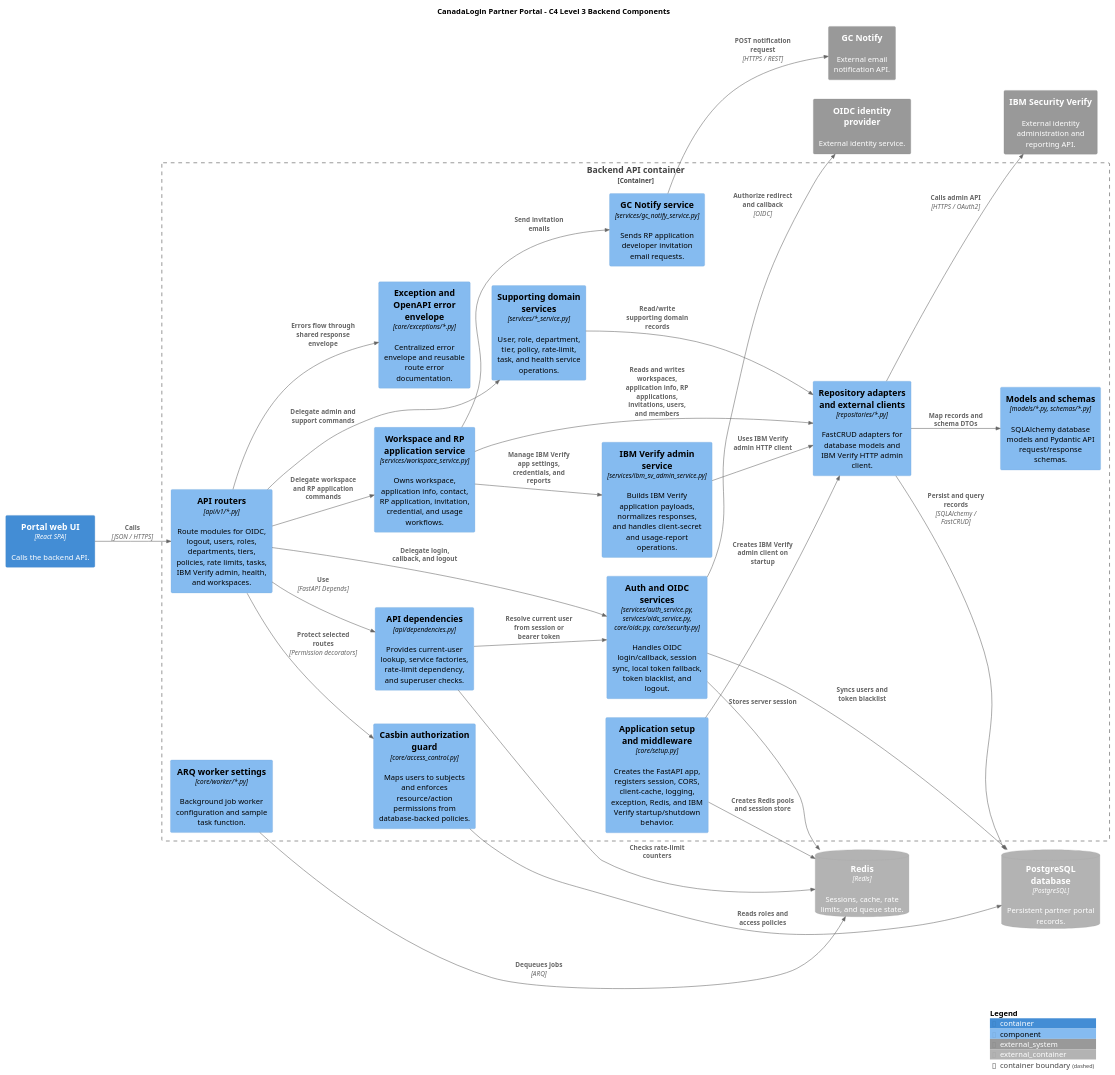
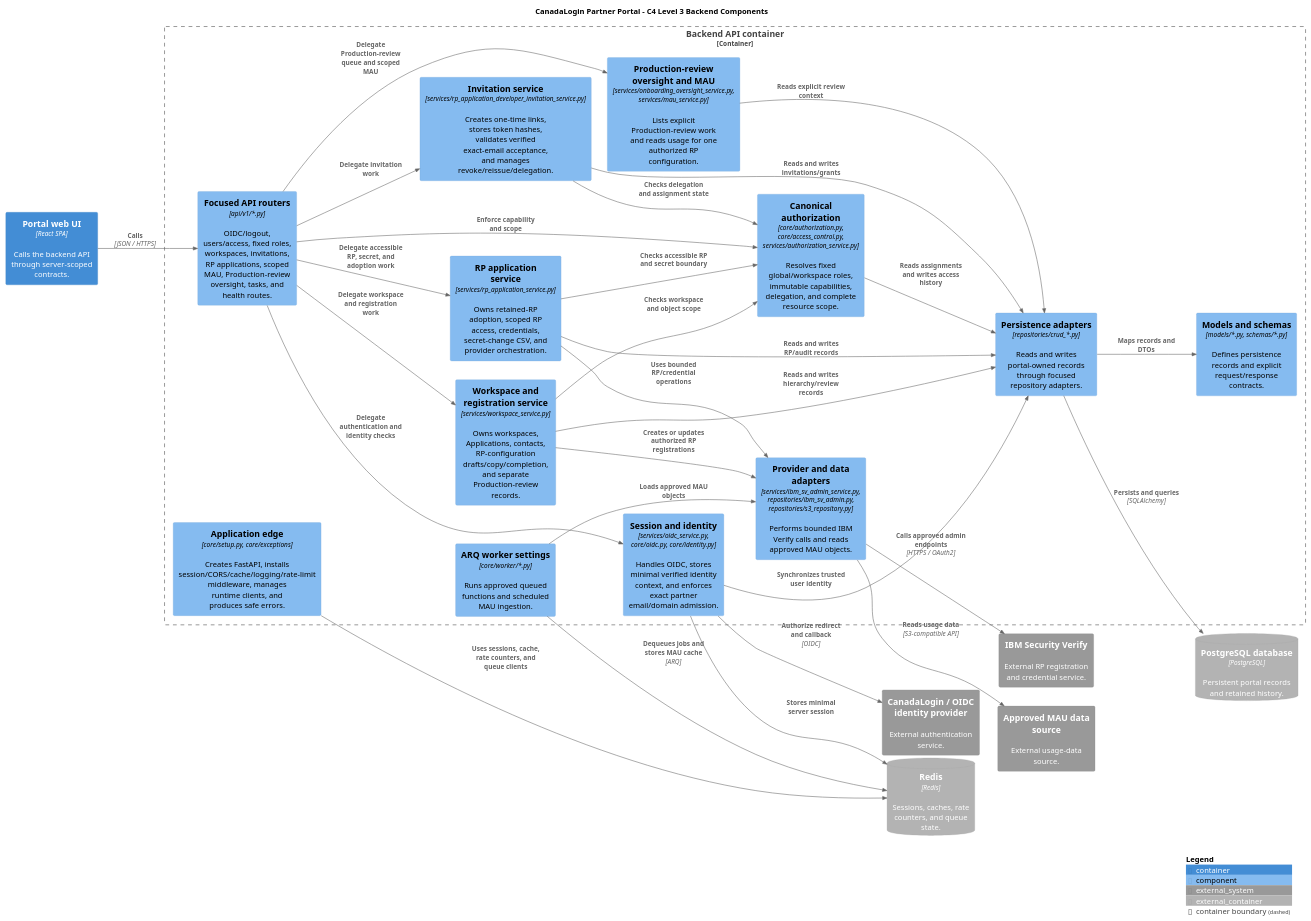
The diagram in docs/reference/architecture-diagram-samples/plantuml/03-partner-portal-backend-components.c4.puml (cds-snc/canadalogin-partner-portal), drawn with PlantUML before and after one commit. The commit also changed 369 other files, not shown here.

```diff
--- a/docs/reference/architecture-diagram-samples/plantuml/03-partner-portal-backend-components.c4.puml
+++ b/docs/reference/architecture-diagram-samples/plantuml/03-partner-portal-backend-components.c4.puml
@@ -1,70 +1,73 @@
 @startuml
 ' CanadaLogin Partner Portal - C4 level 3 backend component view.
 '
 ' Work context: local illustrative sample only.
-' Source codebase: ../gc-signin-partner-portal, read as source material only.
-' View question: how is the FastAPI backend decomposed into major components?
-' Excluded: frontend component internals, SQL table-by-table detail, generated
-' route tree files, and deployment topology.
+' Source codebase: gc-signin-partner-portal, read as source material only.
+' View question: how is the FastAPI backend decomposed for the approved portal
+' scope?
+' Excluded: frontend internals, table-by-table detail, legacy catalog services,
+' route-level sequences, invitation communication channels, and deployment.
 
 !include <C4/C4_Component>
 
 LAYOUT_LEFT_RIGHT()
-skinparam wrapWidth 170
+skinparam wrapWidth 175
 skinparam maxMessageSize 130
 
 title CanadaLogin Partner Portal - C4 Level 3 Backend Components
 
-Container(webUi, "Portal web UI", "React SPA", "Calls the backend API.")
-ContainerDb_Ext(postgres, "PostgreSQL database", "PostgreSQL", "Persistent partner portal records.")
-ContainerDb_Ext(redis, "Redis", "Redis", "Sessions, cache, rate limits, and queue state.")
-System_Ext(oidcProvider, "OIDC identity provider", "External identity service.")
-System_Ext(ibmVerify, "IBM Security Verify", "External identity administration and reporting API.")
-System_Ext(gcNotify, "GC Notify", "External email notification API.")
+Container(webUi, "Portal web UI", "React SPA", "Calls the backend API through server-scoped contracts.")
+ContainerDb_Ext(postgres, "PostgreSQL database", "PostgreSQL", "Persistent portal records and retained history.")
+ContainerDb_Ext(redis, "Redis", "Redis", "Sessions, caches, rate counters, and queue state.")
+System_Ext(oidcProvider, "CanadaLogin / OIDC identity provider", "External authentication service.")
+System_Ext(ibmVerify, "IBM Security Verify", "External RP registration and credential service.")
+System_Ext(mauSource, "Approved MAU data source", "External usage-data source.")
 
 Container_Boundary(api, "Backend API container") {
-  Component(appSetup, "Application setup and middleware", "core/setup.py", "Creates the FastAPI app, registers session, CORS, client-cache, logging, exception, Redis, and IBM Verify startup/shutdown behavior.")
-  Component(apiRouters, "API routers", "api/v1/*.py", "Route modules for OIDC, logout, users, roles, departments, tiers, policies, rate limits, tasks, IBM Verify admin, health, and workspaces.")
-  Component(apiDependencies, "API dependencies", "api/dependencies.py", "Provides current-user lookup, service factories, rate-limit dependency, and superuser checks.")
-  Component(authAndOidc, "Auth and OIDC services", "services/auth_service.py, services/oidc_service.py, core/oidc.py, core/security.py", "Handles OIDC login/callback, session sync, local token fallback, token blacklist, and logout.")
-  Component(casbinAccess, "Casbin authorization guard", "core/access_control.py", "Maps users to subjects and enforces resource/action permissions from database-backed policies.")
-  Component(workspaceService, "Workspace and RP application service", "services/workspace_service.py", "Owns workspace, application info, contact, RP application, invitation, credential, and usage workflows.")
-  Component(domainServices, "Supporting domain services", "services/*_service.py", "User, role, department, tier, policy, rate-limit, task, and health service operations.")
-  Component(ibmAdminService, "IBM Verify admin service", "services/ibm_sv_admin_service.py", "Builds IBM Verify application payloads, normalizes responses, and handles client-secret and usage-report operations.")
-  Component(gcNotifyService, "GC Notify service", "services/gc_notify_service.py", "Sends RP application developer invitation email requests.")
-  Component(repositoryAdapters, "Repository adapters and external clients", "repositories/*.py", "FastCRUD adapters for database models and IBM Verify HTTP admin client.")
-  Component(modelsAndSchemas, "Models and schemas", "models/*.py, schemas/*.py", "SQLAlchemy database models and Pydantic API request/response schemas.")
-  Component(exceptionHandlers, "Exception and OpenAPI error envelope", "core/exceptions/*.py", "Centralized error envelope and reusable route error documentation.")
-  Component(workerSettings, "ARQ worker settings", "core/worker/*.py", "Background job worker configuration and sample task function.")
+  Component(edge, "Application edge", "core/setup.py, core/exceptions", "Creates FastAPI, installs session/CORS/cache/logging/rate-limit middleware, manages runtime clients, and produces safe errors.")
+  Component(apiRouters, "Focused API routers", "api/v1/*.py", "OIDC/logout, users/access, fixed roles, workspaces, invitations, RP applications, scoped MAU, Production-review oversight, tasks, and health routes.")
+  Component(sessionIdentity, "Session and identity", "services/oidc_service.py, core/oidc.py, core/identity.py", "Handles OIDC, stores minimal verified identity context, and enforces exact partner email/domain admission.")
+  Component(authorization, "Canonical authorization", "core/authorization.py, core/access_control.py, services/authorization_service.py", "Resolves fixed global/workspace roles, immutable capabilities, delegation, and complete resource scope.")
+  Component(workspaceService, "Workspace and registration service", "services/workspace_service.py", "Owns workspaces, Applications, contacts, RP-configuration drafts/copy/completion, and separate Production-review records.")
+  Component(invitationService, "Invitation service", "services/rp_application_developer_invitation_service.py", "Creates one-time links, stores token hashes, validates verified exact-email acceptance, and manages revoke/reissue/delegation.")
+  Component(rpApplicationService, "RP application service", "services/rp_application_service.py", "Owns retained-RP adoption, scoped RP access, credentials, secret-change CSV, and provider orchestration.")
+  Component(oversightAndMau, "Production-review oversight and MAU", "services/onboarding_oversight_service.py, services/mau_service.py", "Lists explicit Production-review work and reads usage for one authorized RP configuration.")
+  Component(providerAdapters, "Provider and data adapters", "services/ibm_sv_admin_service.py, repositories/ibm_sv_admin.py, repositories/s3_repository.py", "Performs bounded IBM Verify calls and reads approved MAU objects.")
+  Component(persistenceAdapters, "Persistence adapters", "repositories/crud_*.py", "Reads and writes portal-owned records through focused repository adapters.")
+  Component(modelsSchemas, "Models and schemas", "models/*.py, schemas/*.py", "Defines persistence records and explicit request/response contracts.")
+  Component(workerSettings, "ARQ worker settings", "core/worker/*.py", "Runs approved queued functions and scheduled MAU ingestion.")
 }
 
 Rel(webUi, apiRouters, "Calls", "JSON / HTTPS")
-Rel(apiRouters, apiDependencies, "Use", "FastAPI Depends")
-Rel(apiRouters, workspaceService, "Delegate workspace and RP application commands")
-Rel(apiRouters, domainServices, "Delegate admin and support commands")
-Rel(apiRouters, authAndOidc, "Delegate login, callback, and logout")
+Rel(edge, redis, "Uses sessions, cache, rate counters, and queue clients")
+Rel(apiRouters, sessionIdentity, "Delegate authentication and identity checks")
+Rel(apiRouters, authorization, "Enforce capability and scope")
+Rel(apiRouters, workspaceService, "Delegate workspace and registration work")
+Rel(apiRouters, invitationService, "Delegate invitation work")
+Rel(apiRouters, rpApplicationService, "Delegate accessible RP, secret, and adoption work")
+Rel(apiRouters, oversightAndMau, "Delegate Production-review queue and scoped MAU")
 
-Rel(appSetup, redis, "Creates Redis pools and session store")
-Rel(appSetup, repositoryAdapters, "Creates IBM Verify admin client on startup")
-Rel(apiDependencies, authAndOidc, "Resolve current user from session or bearer token")
-Rel(apiDependencies, redis, "Checks rate-limit counters")
-Rel(authAndOidc, oidcProvider, "Authorize redirect and callback", "OIDC")
-Rel(authAndOidc, postgres, "Syncs users and token blacklist")
-Rel(authAndOidc, redis, "Stores server session")
-Rel(casbinAccess, postgres, "Reads roles and access policies")
+Rel(sessionIdentity, oidcProvider, "Authorize redirect and callback", "OIDC")
+Rel(sessionIdentity, redis, "Stores minimal server session")
+Rel(sessionIdentity, persistenceAdapters, "Synchronizes trusted user identity")
+Rel(authorization, persistenceAdapters, "Reads assignments and writes access history")
+Rel(workspaceService, authorization, "Checks workspace and object scope")
+Rel(invitationService, authorization, "Checks delegation and assignment state")
+Rel(rpApplicationService, authorization, "Checks accessible RP and secret boundary")
 
-Rel(apiRouters, casbinAccess, "Protect selected routes", "Permission decorators")
-Rel(workspaceService, repositoryAdapters, "Reads and writes workspaces, application info, RP applications, invitations, users, and members")
-Rel(domainServices, repositoryAdapters, "Read/write supporting domain records")
-Rel(repositoryAdapters, modelsAndSchemas, "Map records and schema DTOs")
-Rel(repositoryAdapters, postgres, "Persist and query records", "SQLAlchemy / FastCRUD")
-Rel(workspaceService, ibmAdminService, "Manage IBM Verify app settings, credentials, and reports")
-Rel(ibmAdminService, repositoryAdapters, "Uses IBM Verify admin HTTP client")
-Rel(repositoryAdapters, ibmVerify, "Calls admin API", "HTTPS / OAuth2")
-Rel(workspaceService, gcNotifyService, "Send invitation emails")
-Rel(gcNotifyService, gcNotify, "POST notification request", "HTTPS / REST")
-Rel(apiRouters, exceptionHandlers, "Errors flow through shared response envelope")
-Rel(workerSettings, redis, "Dequeues jobs", "ARQ")
+Rel(workspaceService, persistenceAdapters, "Reads and writes hierarchy/review records")
+Rel(invitationService, persistenceAdapters, "Reads and writes invitations/grants")
+Rel(rpApplicationService, persistenceAdapters, "Reads and writes RP/audit records")
+Rel(oversightAndMau, persistenceAdapters, "Reads explicit review context")
+Rel(persistenceAdapters, modelsSchemas, "Maps records and DTOs")
+Rel(persistenceAdapters, postgres, "Persists and queries", "SQLAlchemy")
+
+Rel(workspaceService, providerAdapters, "Creates or updates authorized RP registrations")
+Rel(rpApplicationService, providerAdapters, "Uses bounded RP/credential operations")
+Rel(providerAdapters, ibmVerify, "Calls approved admin endpoints", "HTTPS / OAuth2")
+Rel(workerSettings, providerAdapters, "Loads approved MAU objects")
+Rel(providerAdapters, mauSource, "Reads usage data", "S3-compatible API")
+Rel(workerSettings, redis, "Dequeues jobs and stores MAU cache", "ARQ")
 
 SHOW_LEGEND()
 @enduml
```
